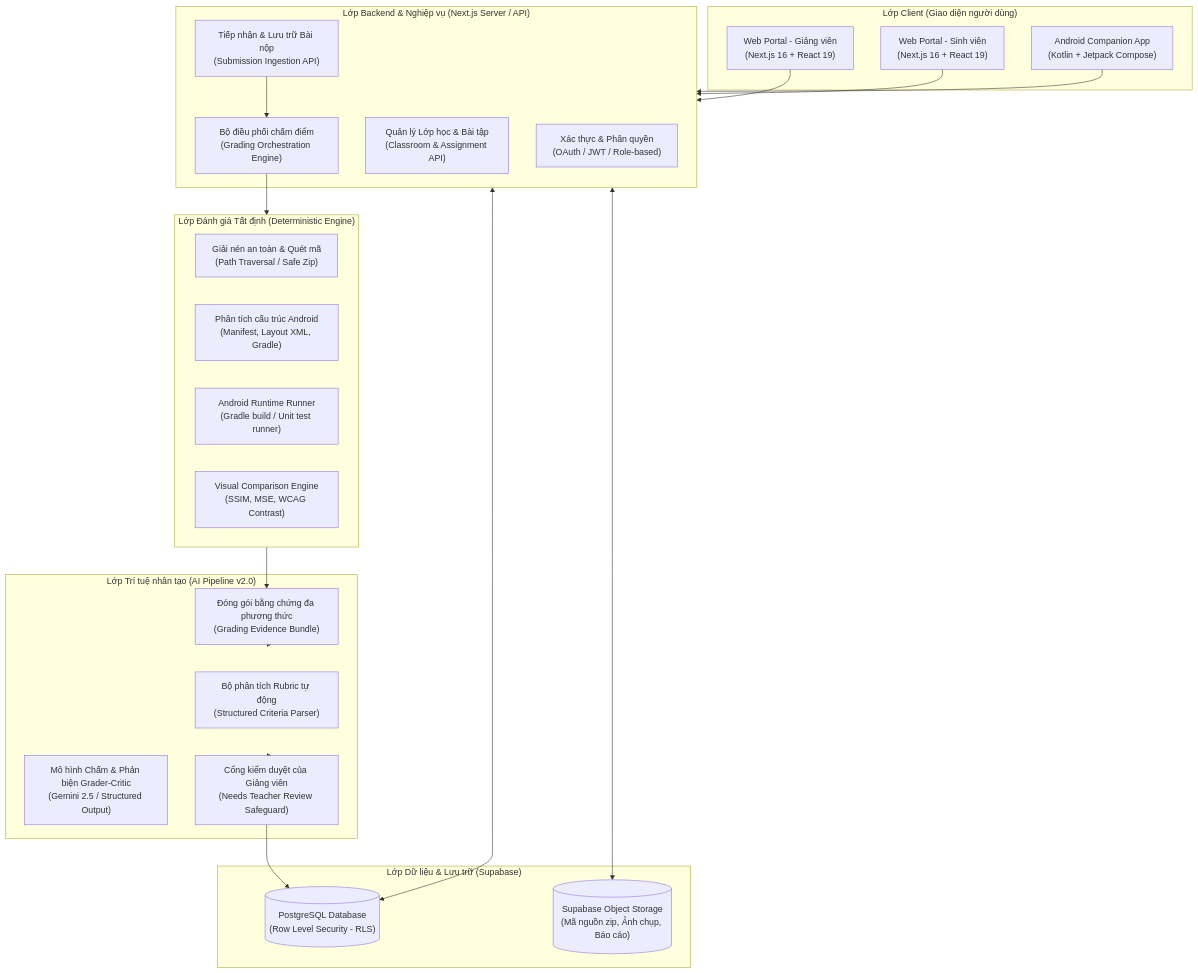
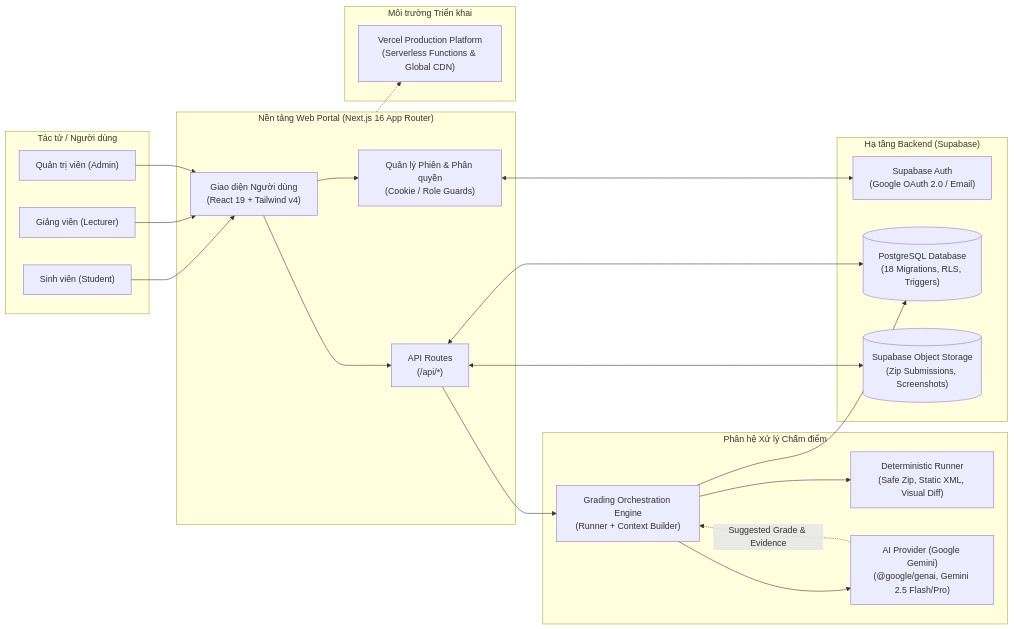
Before and after one commit to truong256/UIGrade-AI: the first of 2 diagrams in docs/ARCHITECTURE.md, drawn with Mermaid. The commit also changed other lines of this file and 2 other files, not shown here.

Commit message:
docs: update system architecture and competition compliance matrix

````diff
--- a/docs/ARCHITECTURE.md
+++ b/docs/ARCHITECTURE.md
@@ -11,51 +13,54 @@
 ```mermaid
-flowchart TB
-    subgraph Clients["Lớp Client (Giao diện người dùng)"]
-        WebLecturer["Web Portal - Giảng viên\n(Next.js 16 + React 19)"]
-        WebStudent["Web Portal - Sinh viên\n(Next.js 16 + React 19)"]
-        AndroidApp["Android Companion App\n(Kotlin + Jetpack Compose)"]
+flowchart LR
+    subgraph Clients["Tác tử / Người dùng"]
+        Student["Sinh viên (Student)"]
+        Lecturer["Giảng viên (Lecturer)"]
+        Admin["Quản trị viên (Admin)"]
     end
 
-    subgraph Backend["Lớp Backend & Nghiệp vụ (Next.js Server / API)"]
-        AuthModule["Xác thực & Phân quyền\n(OAuth / JWT / Role-based)"]
-        ClassModule["Quản lý Lớp học & Bài tập\n(Classroom & Assignment API)"]
-        SubModule["Tiếp nhận & Lưu trữ Bài nộp\n(Submission Ingestion API)"]
-        GradingOrchestrator["Bộ điều phối chấm điểm\n(Grading Orchestration Engine)"]
+    subgraph WebApp["Nền tảng Web Portal (Next.js 16 App Router)"]
+        WebUI["Giao diện Người dùng\n(React 19 + Tailwind v4)"]
+        AuthModule["Quản lý Phiên & Phân quyền\n(Cookie / Role Guards)"]
+        API["API Routes\n(/api/*)"]
     end
 
-    subgraph RunnerEngine["Lớp Đánh giá Tất định (Deterministic Engine)"]
-        ZipSandbox["Giải nén an toàn & Quét mã\n(Path Traversal / Safe Zip)"]
-        StaticAnalyzer["Phân tích cấu trúc Android\n(Manifest, Layout XML, Gradle)"]
-        RuntimeRunner["Android Runtime Runner\n(Gradle build / Unit test runner)"]
-        VisualDiff["Visual Comparison Engine\n(SSIM, MSE, WCAG Contrast)"]
+    subgraph SupabaseServices["Hạ tầng Backend (Supabase)"]
+        SupabaseAuth["Supabase Auth\n(Google OAuth 2.0 / Email)"]
+        Database[("PostgreSQL Database\n(18 Migrations, RLS, Triggers)")]
+        Storage[("Supabase Object Storage\n(Zip Submissions, Screenshots)")]
     end
 
-    subgraph AIEngine["Lớp Trí tuệ nhân tạo (AI Pipeline v2.0)"]
-        RubricParser["Bộ phân tích Rubric tự động\n(Structured Criteria Parser)"]
-        EvidenceBuilder["Đóng gói bằng chứng đa phương thức\n(Grading Evidence Bundle)"]
-        GraderCritic["Mô hình Chấm & Phản biện Grader-Critic\n(Gemini 2.5 / Structured Output)"]
-        HumanReviewGate["Cổng kiểm duyệt của Giảng viên\n(Needs Teacher Review Safeguard)"]
+    subgraph Engine["Phân hệ Xử lý Chấm điểm"]
+        GradingPipeline["Grading Orchestration Engine\n(Runner + Context Builder)"]
+        RunnerEngine["Deterministic Runner\n(Safe Zip, Static XML, Visual Diff)"]
+        AIProvider["AI Provider (Google Gemini)\n(@google/genai, Gemini 2.5 Flash/Pro)"]
     end
 
-    subgraph DataStore["Lớp Dữ liệu & Lưu trữ (Supabase)"]
-        Database[("PostgreSQL Database\n(Row Level Security - RLS)")]
-        Storage[("Supabase Object Storage\n(Mã nguồn zip, Ảnh chụp, Báo cáo)")]
+    subgraph Hosting["Môi trường Triển khai"]
+        Vercel["Vercel Production Platform\n(Serverless Functions & Global CDN)"]
     end
 
-    %% Client to Backend
-    WebLecturer --> Backend
-    WebStudent --> Backend
-    AndroidApp --> Backend
+    %% Tương tác người dùng
+    Student --> WebUI
+    Lecturer --> WebUI
+    Admin --> WebUI
 
-    %% Backend to DataStore
-    Backend <--> Database
-    Backend <--> Storage
+    %% Web nội bộ
+    WebUI --> AuthModule
+    WebUI --> API
 
-    %% Grading Flow
-    SubModule --> GradingOrchestrator
-    GradingOrchestrator --> RunnerEngine
-    RunnerEngine --> EvidenceBuilder
-    EvidenceBuilder --> AIEngine
-    AIEngine --> HumanReviewGate
-    HumanReviewGate --> Database
+    %% Kết nối dịch vụ
+    AuthModule <--> SupabaseAuth
+    API <--> Database
+    API <--> Storage
+    API --> GradingPipeline
+
+    %% Pipeline chấm
+    GradingPipeline --> RunnerEngine
+    GradingPipeline --> AIProvider
+    AIProvider -.->|Suggested Grade & Evidence| GradingPipeline
+    GradingPipeline --> Database
+
+    %% Triển khai
+    WebApp -.-> Vercel
 ```
````
